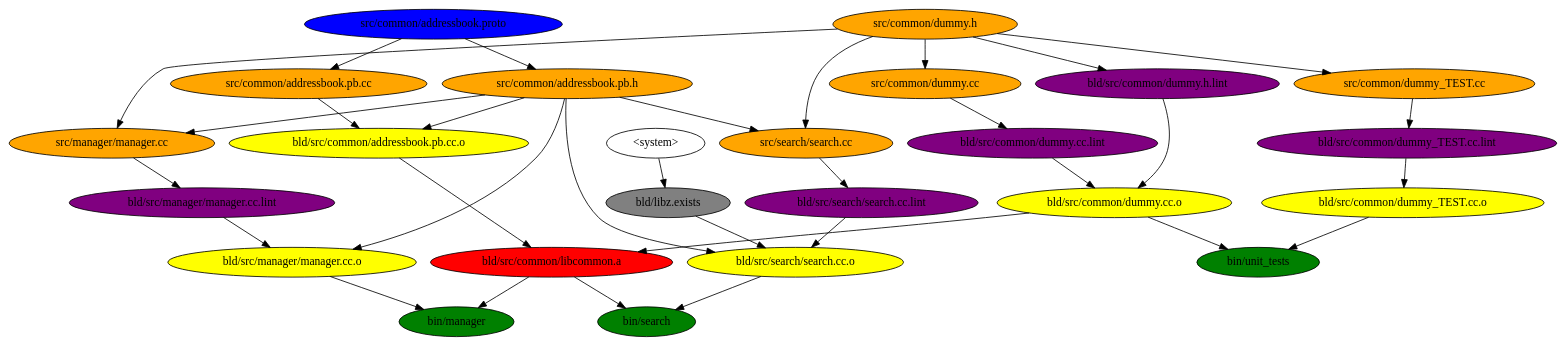
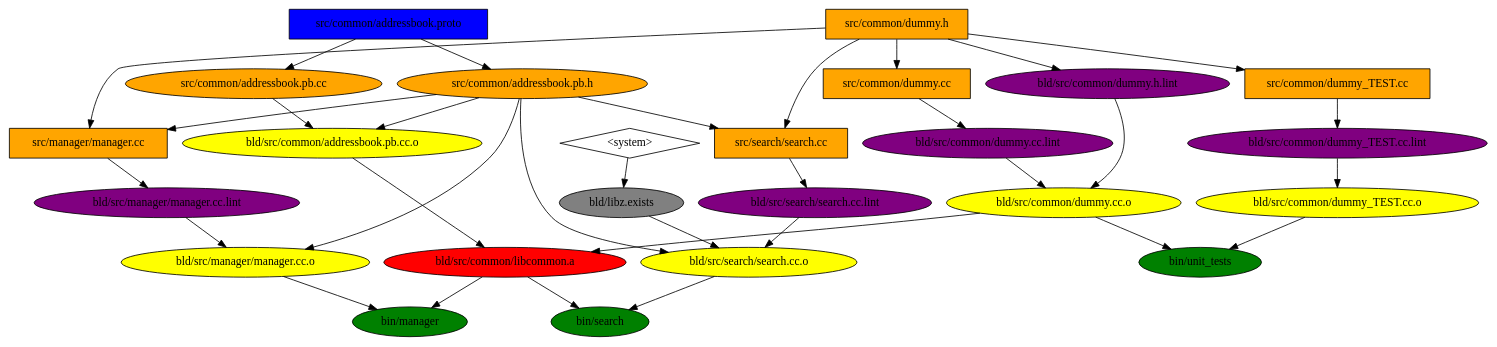
The diagram in graph.gv (nicmcd/addressbook), drawn with Graphviz before and after one commit. The commit also changed 1 other file, not shown here.

```diff
--- a/graph.gv
+++ b/graph.gv
@@ -1,57 +1,58 @@
 digraph Build {
   "bin/manager" [style=filled, fillcolor=green];
   "bld/src/manager/manager.cc.o" -> "bin/manager";
   "bld/src/common/libcommon.a" -> "bin/manager";
   "bin/search" [style=filled, fillcolor=green];
   "bld/src/search/search.cc.o" -> "bin/search";
   "bld/src/common/libcommon.a" -> "bin/search";
   "bin/unit_tests" [style=filled, fillcolor=green];
   "bld/src/common/libcommon.a" [style=filled, fillcolor=red];
   "bld/src/common/addressbook.pb.cc.o" -> "bld/src/common/libcommon.a";
   "bld/src/common/dummy.cc.o" -> "bld/src/common/libcommon.a";
   "bld/src/common/dummy_TEST.cc.o" -> "bin/unit_tests";
   "bld/src/common/dummy.cc.o" -> "bin/unit_tests";
   "bld/src/manager/manager.cc.o" [style=filled, fillcolor=yellow];
   "src/common/addressbook.pb.h" -> "bld/src/manager/manager.cc.o";
   "bld/src/manager/manager.cc.lint" -> "bld/src/manager/manager.cc.o";
   "bld/src/search/search.cc.o" [style=filled, fillcolor=yellow];
   "src/common/addressbook.pb.h" -> "bld/src/search/search.cc.o";
   "bld/src/search/search.cc.lint" -> "bld/src/search/search.cc.o";
   "bld/libz.exists" -> "bld/src/search/search.cc.o";
   "bld/src/common/addressbook.pb.cc.o" [style=filled, fillcolor=yellow];
   "src/common/addressbook.pb.cc" -> "bld/src/common/addressbook.pb.cc.o";
   "src/common/addressbook.pb.h" -> "bld/src/common/addressbook.pb.cc.o";
   "bld/src/common/dummy.cc.o" [style=filled, fillcolor=yellow];
   "bld/src/common/dummy.cc.lint" -> "bld/src/common/dummy.cc.o";
   "bld/src/common/dummy.h.lint" -> "bld/src/common/dummy.cc.o";
   "bld/src/common/dummy_TEST.cc.o" [style=filled, fillcolor=yellow];
   "bld/src/common/dummy_TEST.cc.lint" -> "bld/src/common/dummy_TEST.cc.o";
   "bld/src/manager/manager.cc.lint" [style=filled, fillcolor=purple];
   "src/manager/manager.cc" -> "bld/src/manager/manager.cc.lint";
   "bld/src/search/search.cc.lint" [style=filled, fillcolor=purple];
   "src/search/search.cc" -> "bld/src/search/search.cc.lint";
   "bld/src/common/dummy.cc.lint" [style=filled, fillcolor=purple];
   "src/common/dummy.cc" -> "bld/src/common/dummy.cc.lint";
   "bld/src/common/dummy.h.lint" [style=filled, fillcolor=purple];
   "src/common/dummy.h" -> "bld/src/common/dummy.h.lint";
   "bld/src/common/dummy_TEST.cc.lint" [style=filled, fillcolor=purple];
   "src/common/dummy_TEST.cc" -> "bld/src/common/dummy_TEST.cc.lint";
   "src/common/addressbook.pb.cc" [style=filled, fillcolor=orange];
   "src/common/addressbook.proto" -> "src/common/addressbook.pb.cc";
   "src/common/addressbook.pb.h" [style=filled, fillcolor=orange];
   "src/common/addressbook.proto" -> "src/common/addressbook.pb.h";
   "bld/libz.exists" [style=filled, fillcolor=gray];
   "<system>" -> "bld/libz.exists";
-  "src/manager/manager.cc" [style=filled, fillcolor=orange];
+  "src/manager/manager.cc" [shape=box, style=filled, fillcolor=orange];
   "src/common/addressbook.pb.h" -> "src/manager/manager.cc";
   "src/common/dummy.h" -> "src/manager/manager.cc";
-  "src/search/search.cc" [style=filled, fillcolor=orange];
+  "src/search/search.cc" [shape=box, style=filled, fillcolor=orange];
   "src/common/addressbook.pb.h" -> "src/search/search.cc";
   "src/common/dummy.h" -> "src/search/search.cc";
-  "src/common/dummy.cc" [style=filled, fillcolor=orange];
+  "src/common/dummy.cc" [shape=box, style=filled, fillcolor=orange];
   "src/common/dummy.h" -> "src/common/dummy.cc";
-  "src/common/dummy_TEST.cc" [style=filled, fillcolor=orange];
+  "src/common/dummy_TEST.cc" [shape=box, style=filled, fillcolor=orange];
   "src/common/dummy.h" -> "src/common/dummy_TEST.cc";
-  "src/common/addressbook.proto" [style=filled, fillcolor=blue];
-  "src/common/dummy.h" [style=filled, fillcolor=orange];
+  "src/common/addressbook.proto" [shape=box, style=filled, fillcolor=blue];
+  "src/common/dummy.h" [shape=box, style=filled, fillcolor=orange];
+  "<system>" [shape=diamond];
 }
```
